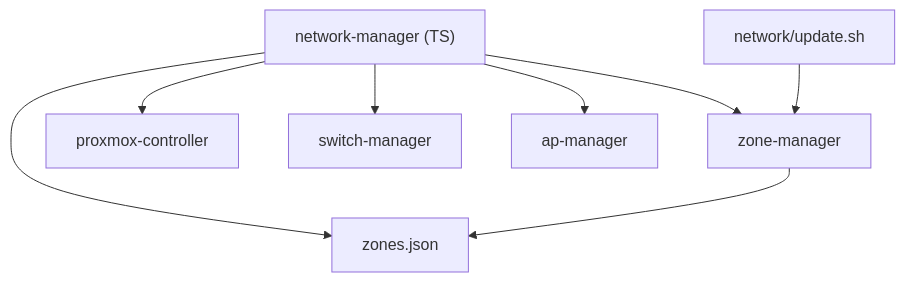
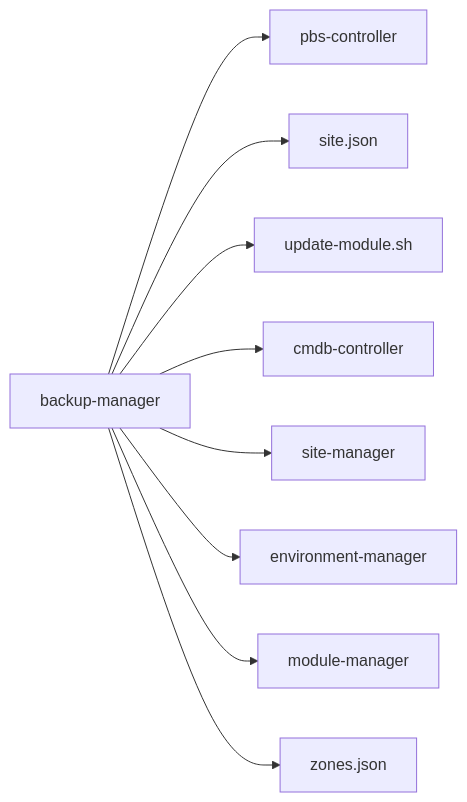
One commit to TAPPaaS/TAPPaaS changed the sixth of 18 diagrams in src/foundation/DEPENDENCIES.md. Above: the diagram before and after it, drawn with Mermaid. The commit also changed other lines of this file and 4 other files, not shown here.

````diff
--- a/src/foundation/DEPENDENCIES.md
+++ b/src/foundation/DEPENDENCIES.md
@@ -313,10 +239,12 @@
 ```mermaid
-graph TD
-    NM["network-manager (TS)"] --> ZJ["zones.json"]
-    NM --> ZM["zone-manager"]
-    NM --> PX["proxmox-controller"]
-    NM --> SC["switch-manager"]
-    NM --> AP["ap-manager"]
-    NU["network/update.sh"] --> ZM
-    ZM --> ZJ
+graph LR
+    n0["backup-manager"]
+    n0 --> n1["pbs-controller"]
+    n0 --> n2["site.json"]
+    n0 --> n3["update-module.sh"]
+    n0 --> n4["cmdb-controller"]
+    n0 --> n5["site-manager"]
+    n0 --> n6["environment-manager"]
+    n0 --> n7["module-manager"]
+    n0 --> n8["zones.json"]
 ```
````
